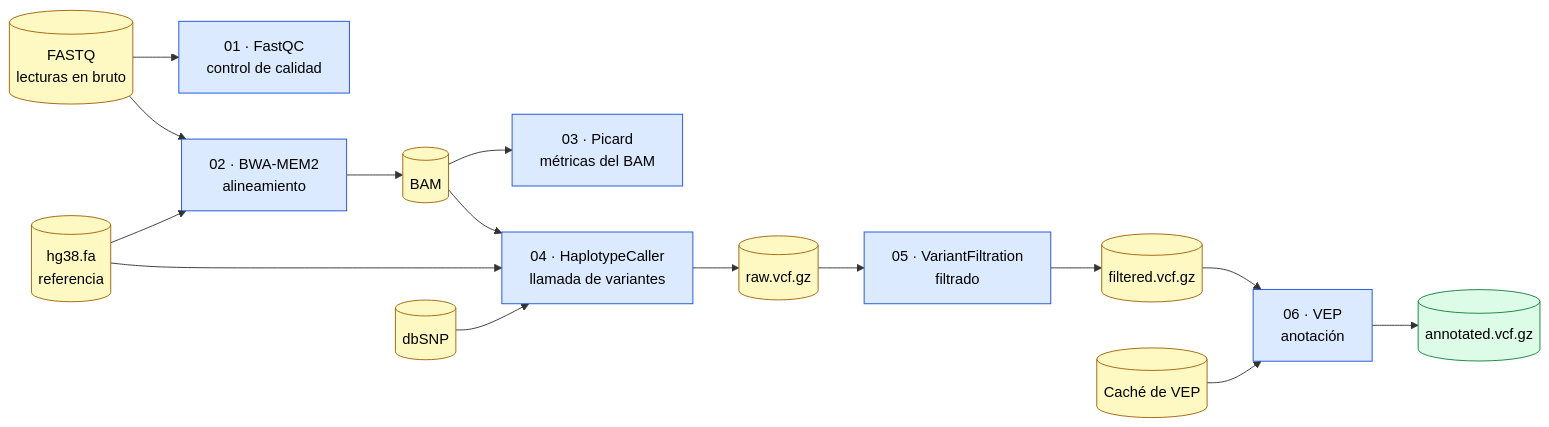
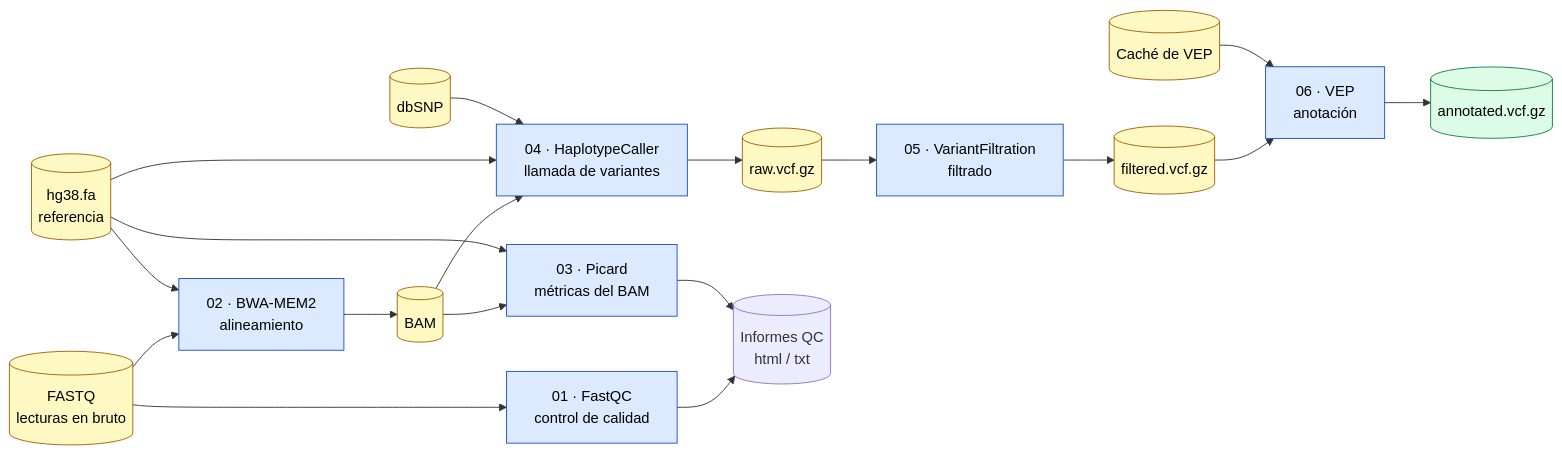
One commit to GracePritchard/wgs-germline-variant-calling-IPC-2026 changed the diagram in README.md. Above: the diagram before and after it, drawn with Mermaid.

Commit message:
Incluir ficheros QC al flowchart
Se incluyen los ficheros de salida del paso de QC

````diff
--- a/README.md
+++ b/README.md
@@ -36,42 +36,46 @@
 ```mermaid
 flowchart LR
     FASTQ[("FASTQ<br/>lecturas en bruto")]
     REF[("hg38.fa<br/>referencia")]
     DBSNP[("dbSNP")]
     CACHE[("Caché de VEP")]
 
     S1["01 · FastQC<br/>control de calidad"]
     S2["02 · BWA-MEM2<br/>alineamiento"]
     S3["03 · Picard<br/>métricas del BAM"]
     S4["04 · HaplotypeCaller<br/>llamada de variantes"]
     S5["05 · VariantFiltration<br/>filtrado"]
     S6["06 · VEP<br/>anotación"]
 
     BAM[("BAM")]
     RAW[("raw.vcf.gz")]
     FIL[("filtered.vcf.gz")]
     ANN[("annotated.vcf.gz")]
+    QC[("Informes QC<br/>html / txt")]
 
     FASTQ --> S1
     FASTQ --> S2
     REF --> S2
     S2 --> BAM
     BAM --> S3
+    REF --> S3
     BAM --> S4
     REF --> S4
     DBSNP --> S4
     S4 --> RAW
     RAW --> S5
     S5 --> FIL
     FIL --> S6
     CACHE --> S6
     S6 --> ANN
+    S1 --> QC
+    S3 --> QC
 
     classDef paso fill:#dbeafe,stroke:#1d4ed8,color:#000
     classDef dato fill:#fef9c3,stroke:#a16207,color:#000
     classDef final fill:#dcfce7,stroke:#15803d,color:#000
 
     class S1,S2,S3,S4,S5,S6 paso
     class FASTQ,REF,DBSNP,CACHE,BAM,RAW,FIL dato
     class ANN final
 ```
````
